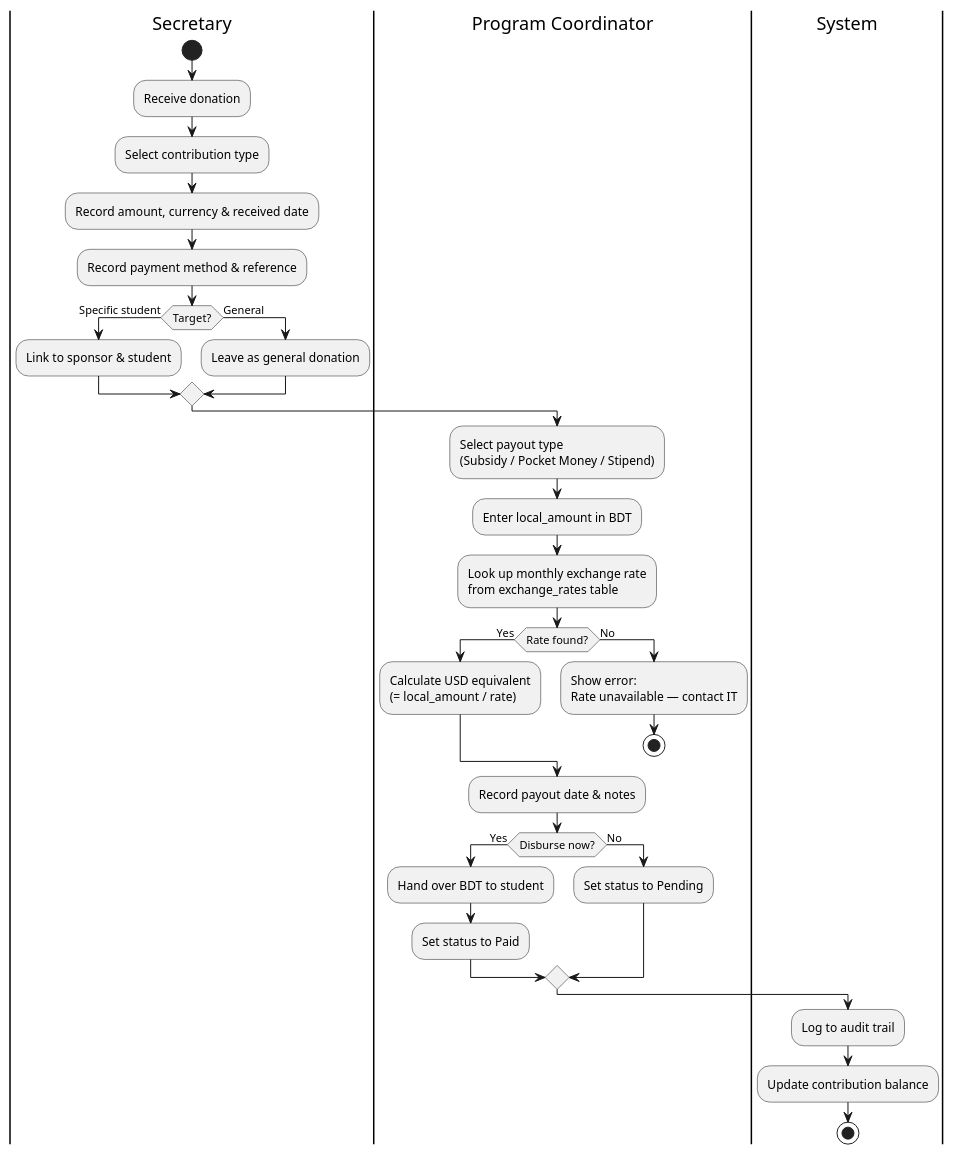
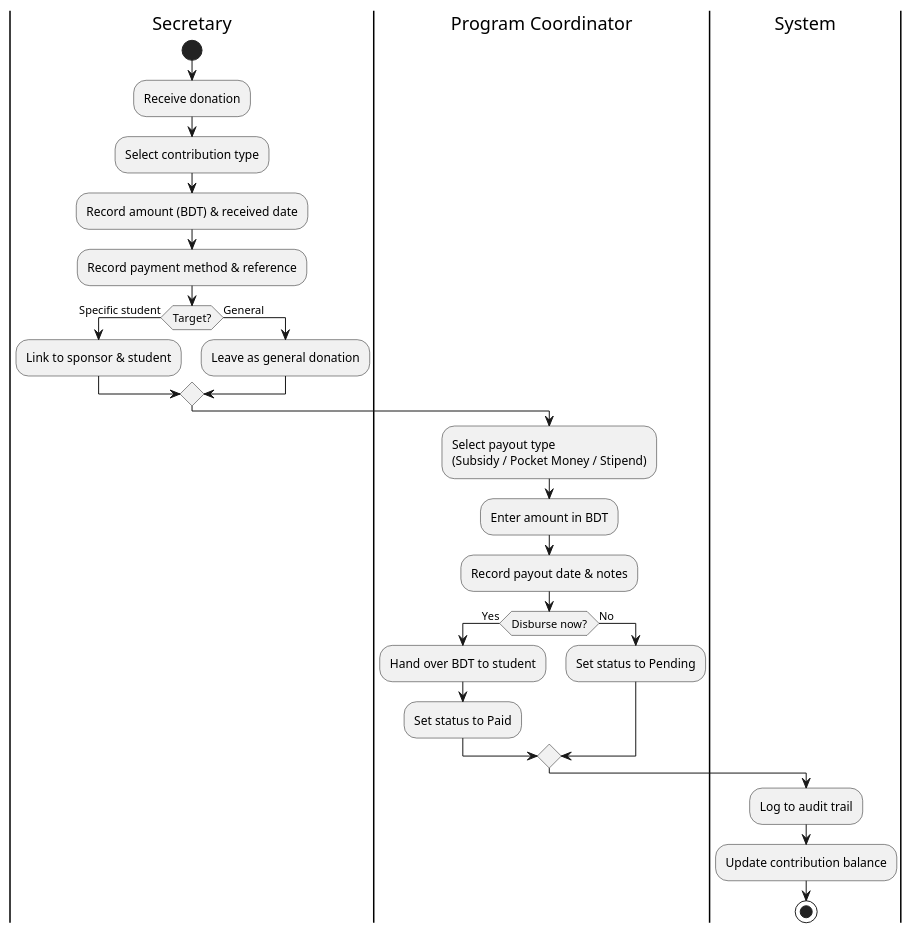
One commit to TainYanTun/BHSMS-Architectural-Blueprint changed the diagram in activity-diagram/workflow_finance.puml. Above: the diagram before and after it, drawn with PlantUML. The commit also changed 30 other files, not shown here.

Commit message:
refactor: BDT-only currency, remove dual-category system, simplify reports workflow

```diff
--- a/activity-diagram/workflow_finance.puml
+++ b/activity-diagram/workflow_finance.puml
@@ -1,36 +1,29 @@
 @startuml
 |Secretary|
 start
 :Receive donation;
 :Select contribution type;
-:Record amount, currency & received date;
+:Record amount (BDT) & received date;
 :Record payment method & reference;
 if (Target?) then (Specific student)
   :Link to sponsor & student;
 else (General)
   :Leave as general donation;
 endif
 
 |Program Coordinator|
 :Select payout type\n(Subsidy / Pocket Money / Stipend);
-:Enter local_amount in BDT;
-:Look up monthly exchange rate\nfrom exchange_rates table;
-if (Rate found?) then (Yes)
-  :Calculate USD equivalent\n(= local_amount / rate);
-else (No)
-  :Show error:\nRate unavailable — contact IT;
-  stop
-endif
+:Enter amount in BDT;
 :Record payout date & notes;
 if (Disburse now?) then (Yes)
   :Hand over BDT to student;
   :Set status to Paid;
 else (No)
   :Set status to Pending;
 endif
 
 |System|
 :Log to audit trail;
 :Update contribution balance;
 stop
 @enduml
```
